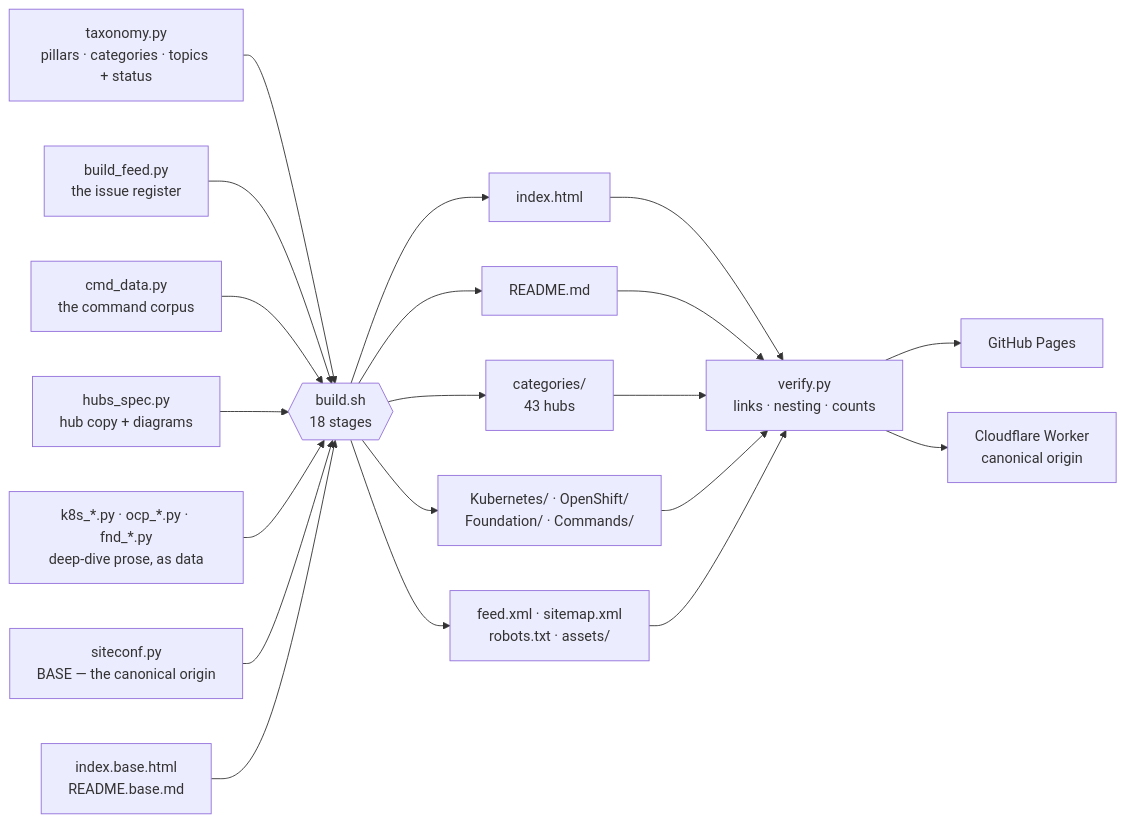
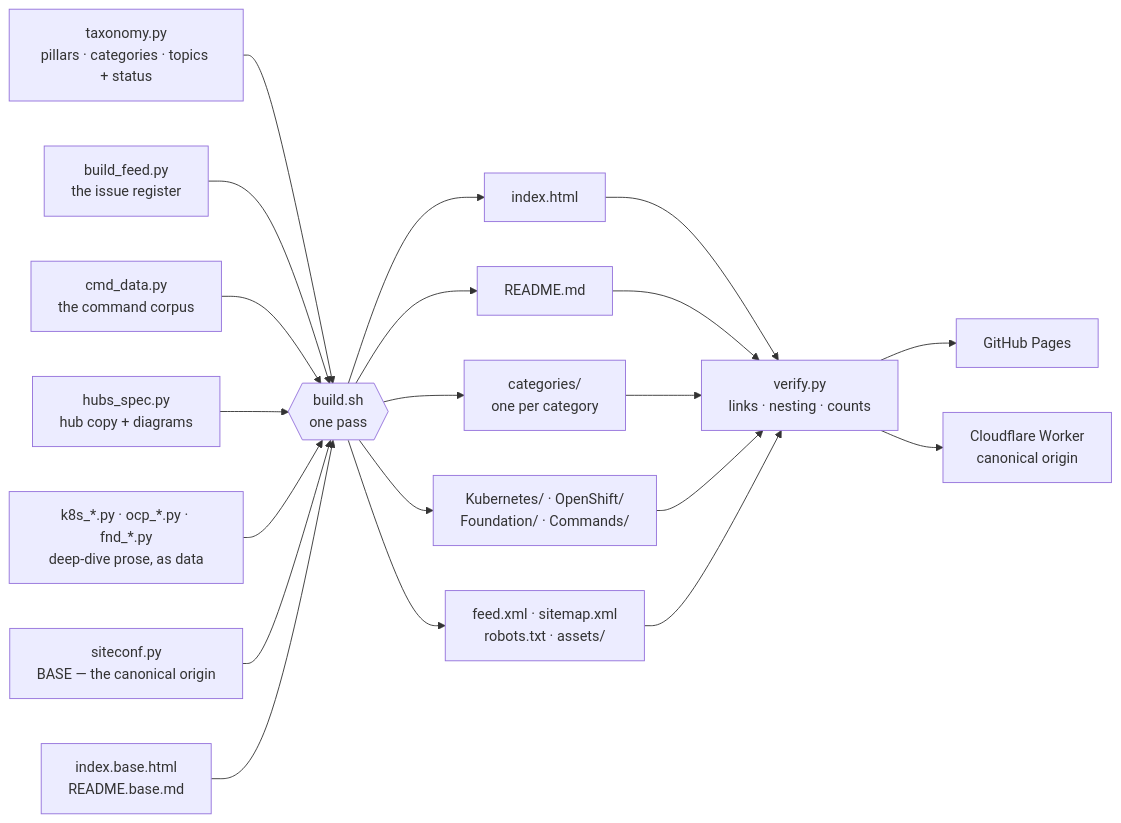
One commit to Vishal-Abhinav/Platform-ops-Newsletter changed the diagram in README.md. Above: the diagram before and after it, drawn with Mermaid. The commit also changed other lines of this file and 38 other files, not shown here.

Commit message:
Colophon page: build-time Mermaid SVG, diagrams for the 3 bare pages

````diff
--- a/README.md
+++ b/README.md
@@ -1055,35 +1055,35 @@
 ```mermaid
 flowchart LR
     TAX["taxonomy.py<br/>pillars · categories · topics + status"]
     FEED["build_feed.py<br/>the issue register"]
     CMD["cmd_data.py<br/>the command corpus"]
     SPEC["hubs_spec.py<br/>hub copy + diagrams"]
     PROSE["k8s_*.py · ocp_*.py · fnd_*.py<br/>deep-dive prose, as data"]
     CONF["siteconf.py<br/>BASE — the canonical origin"]
     BASES["index.base.html<br/>README.base.md"]
 
     TAX   --> B
     FEED  --> B
     CMD   --> B
     SPEC  --> B
     PROSE --> B
     CONF  --> B
     BASES --> B
 
-    B{{"build.sh<br/>18 stages"}}
+    B{{"build.sh<br/>one pass"}}
 
     B --> HOME["index.html"]
     B --> RM["README.md"]
-    B --> HUBS["categories/<br/>43 hubs"]
+    B --> HUBS["categories/<br/>one per category"]
     B --> PAGES["Kubernetes/ · OpenShift/<br/>Foundation/ · Commands/"]
     B --> DATA["feed.xml · sitemap.xml<br/>robots.txt · assets/"]
 
     HOME  --> V
     RM    --> V
     HUBS  --> V
     PAGES --> V
     DATA  --> V
 
     V["verify.py<br/>links · nesting · counts"] --> GH["GitHub Pages"]
     V --> CFW["Cloudflare Worker<br/>canonical origin"]
 ```
````
